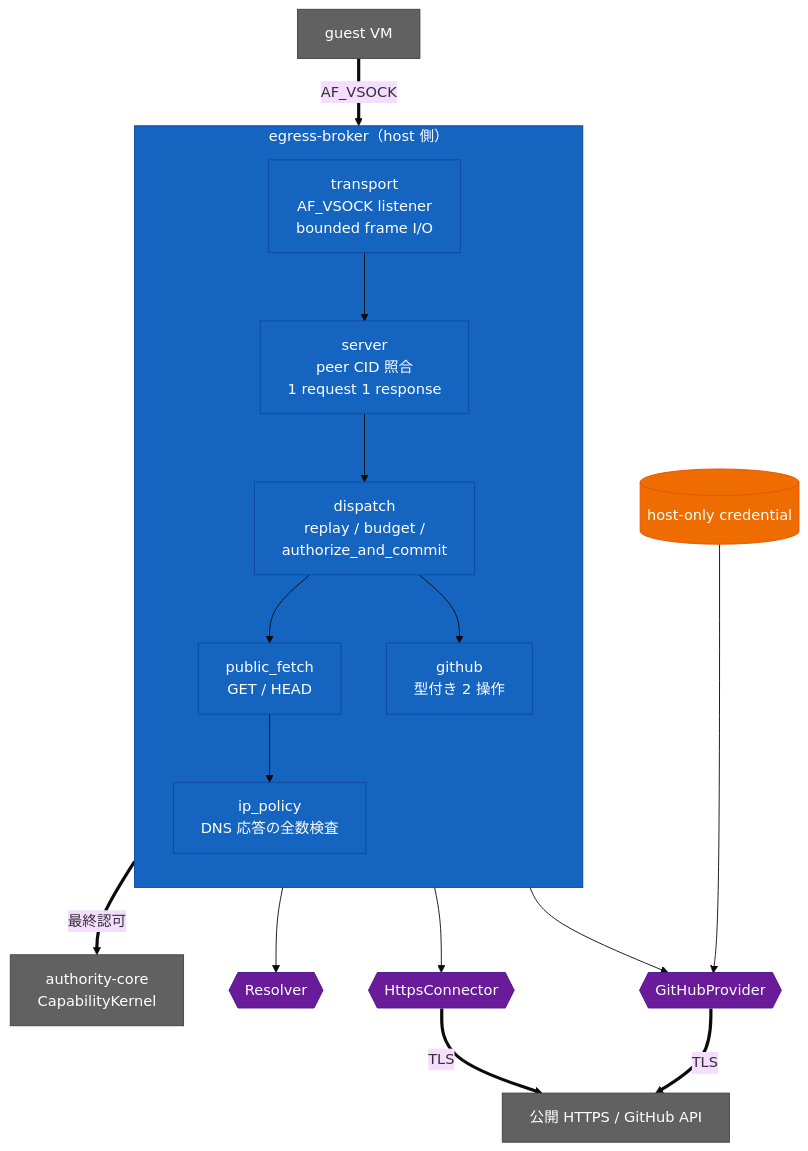
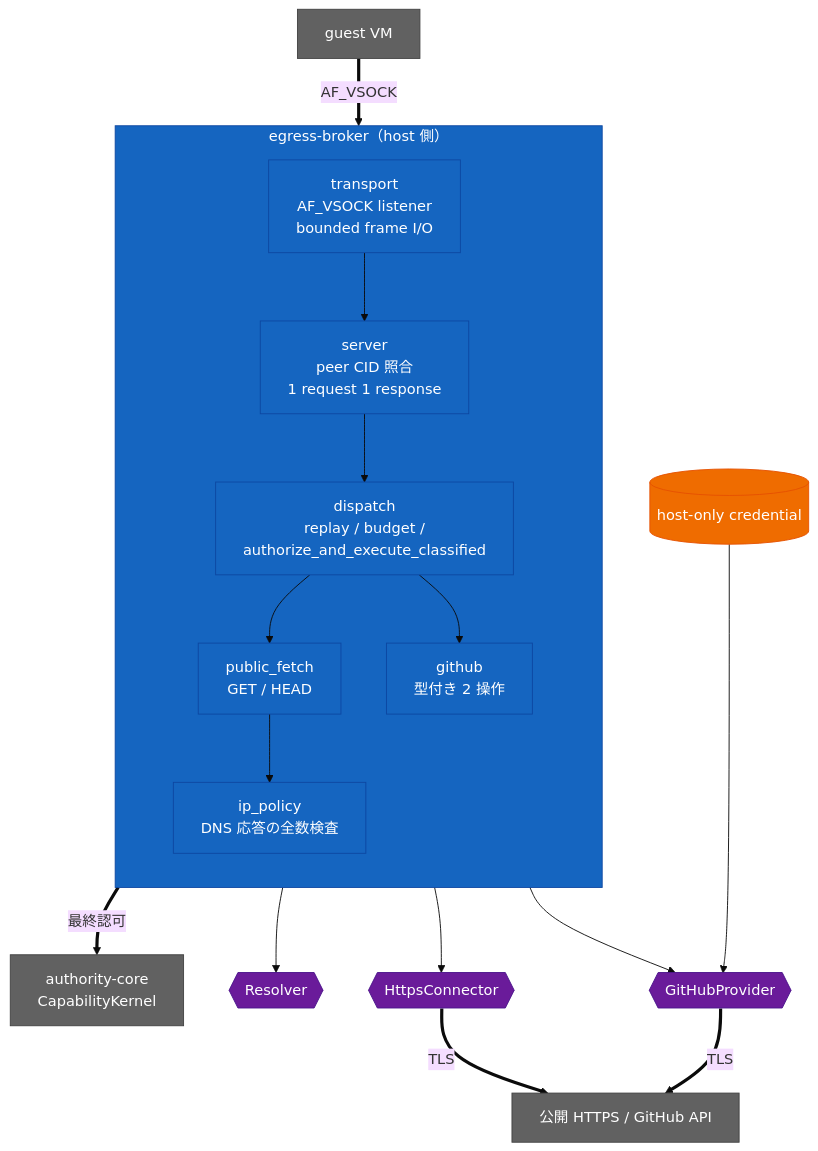
One commit to Aqua-218/SecCamp-AIAgent changed the diagram in docs/egress-broker/README.md. Above: the diagram before and after it, drawn with Mermaid (base theme). The commit also changed other lines of this file, not shown here.

````diff
--- a/docs/egress-broker/README.md
+++ b/docs/egress-broker/README.md
@@ -23,44 +23,44 @@
 ```mermaid
 flowchart TB
     guestvm["guest VM"]
 
     subgraph eb["egress-broker（host 側）"]
         direction TB
         tr["transport<br/>AF_VSOCK listener<br/>bounded frame I/O"]
         srv["server<br/>peer CID 照合<br/>1 request 1 response"]
-        disp["dispatch<br/>replay / budget /<br/>authorize_and_commit"]
+        disp["dispatch<br/>replay / budget /<br/>authorize_and_execute_classified"]
         pf["public_fetch<br/>GET / HEAD"]
         ip["ip_policy<br/>DNS 応答の全数検査"]
         gha["github<br/>型付き 2 操作"]
     end
 
     kernel["authority-core<br/>CapabilityKernel"]
     resolver{{"Resolver"}}
     connector{{"HttpsConnector"}}
     provider{{"GitHubProvider"}}
     cred[("host-only credential")]
     net["公開 HTTPS / GitHub API"]
 
     guestvm ==>|"AF_VSOCK"| tr
     tr --> srv
     srv --> disp
     disp ==>|"最終認可"| kernel
     disp --> pf
     disp --> gha
     pf --> ip
     ip --> resolver
     pf --> connector
     gha --> provider
     cred --> provider
     connector ==>|"TLS"| net
     provider ==>|"TLS"| net
 
     classDef host fill:#1565c0,color:#fff,stroke:#0d47a1;
     classDef seam fill:#6a1b9a,color:#fff,stroke:#4a148c;
     classDef data fill:#ef6c00,color:#fff,stroke:#e65100;
     classDef external fill:#616161,color:#fff,stroke:#424242;
     class eb,tr,srv,disp,pf,ip,gha host;
     class resolver,connector,provider seam;
     class kernel,guestvm,net external;
     class cred data;
 ```
````
